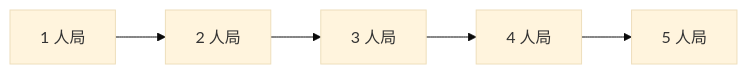
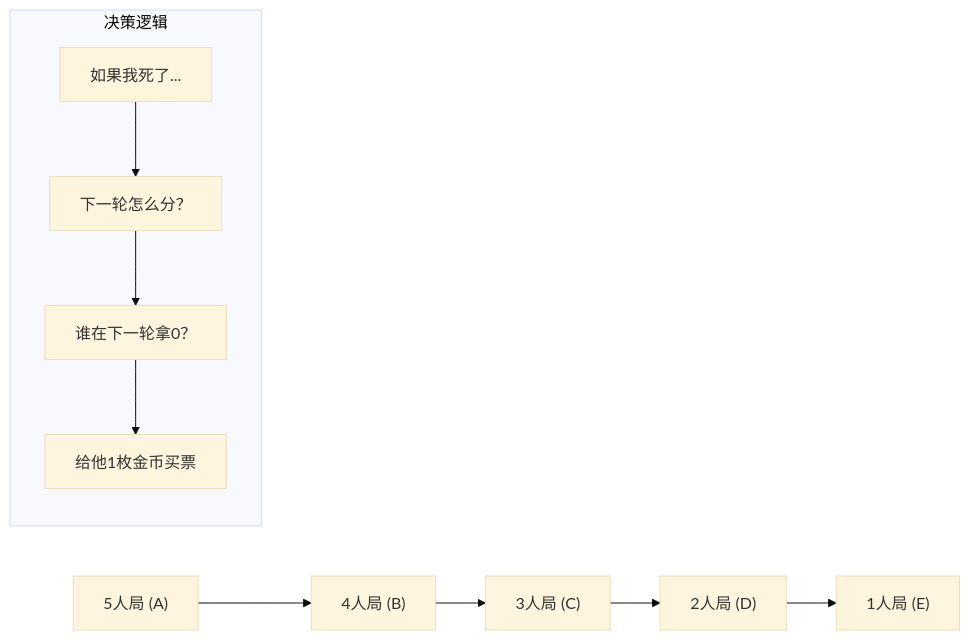
One commit to freeedoooooo/algs changed the diagram in my-notes/01-基础巩固/12-暴力递归到动态规划1-递归尝试/22-课前小练2-海盗分金问题.md. Above: the diagram before and after it, drawn with Mermaid (base theme). The commit also changed other lines of this file, not shown here.

````diff
--- a/my-notes/01-基础巩固/12-暴力递归到动态规划1-递归尝试/22-课前小练2-海盗分金问题.md
+++ b/my-notes/01-基础巩固/12-暴力递归到动态规划1-递归尝试/22-课前小练2-海盗分金问题.md
@@ -54,7 +55,14 @@
 ```mermaid
 graph LR
-    A["1 人局"] --> B["2 人局"]
-    B --> C["3 人局"]
-    C --> D["4 人局"]
-    D --> E["5 人局"]
+    Start["5人局 (A)"] --> Step1["4人局 (B)"]
+    Step1 --> Step2["3人局 (C)"]
+    Step2 --> Step3["2人局 (D)"]
+    Step3 --> End["1人局 (E)"]
+    
+    subgraph 决策逻辑
+    direction TB
+    L1["如果我死了..."] --> L2["下一轮怎么分？"]
+    L2 --> L3["谁在下一轮拿0？"]
+    L3 --> L4["给他1枚金币买票"]
+    end
 ```
````
